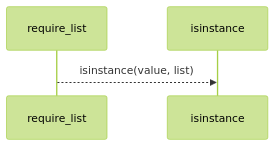
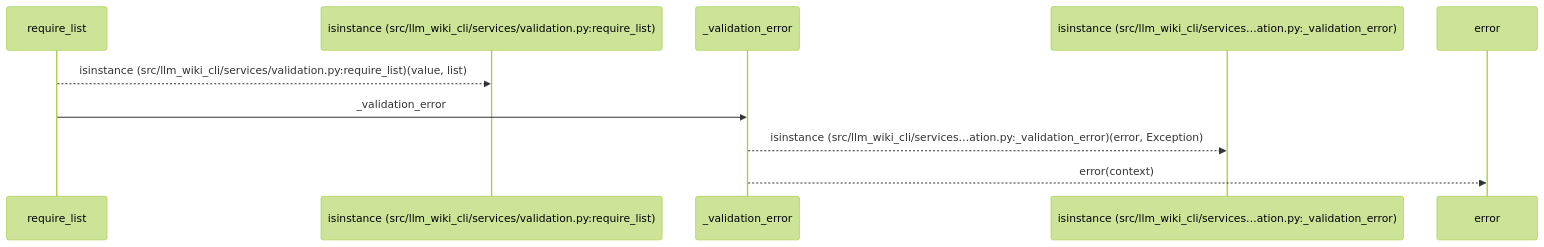
Before and after one commit to Denissvgn/python-wiki-llm: the first of 2 diagrams in docs/llm_wiki/flows/api-require_list.md, drawn with Mermaid (forest theme). The commit also changed other lines of this file and 627 other files, not shown here.

````diff
--- a/docs/llm_wiki/flows/api-require_list.md
+++ b/docs/llm_wiki/flows/api-require_list.md
@@ -12,6 +12,12 @@
 ```mermaid
 sequenceDiagram
     participant p0 as require_list
-    participant p1 as isinstance
-    p0-->>p1: isinstance(value, list)
+    participant p1 as isinstance (src/llm_wiki_cli/services/validation.py:require_list)
+    participant p2 as _validation_error
+    participant p3 as isinstance (src/llm_wiki_cli/services…ation.py:_validation_error)
+    participant p4 as error
+    p0-->>p1: isinstance (src/llm_wiki_cli/services/validation.py:require_list)(value, list)
+    p0->>p2: _validation_error
+    p2-->>p3: isinstance (src/llm_wiki_cli/services…ation.py:_validation_error)(error, Exception)
+    p2-->>p4: error(context)
 ```
````
